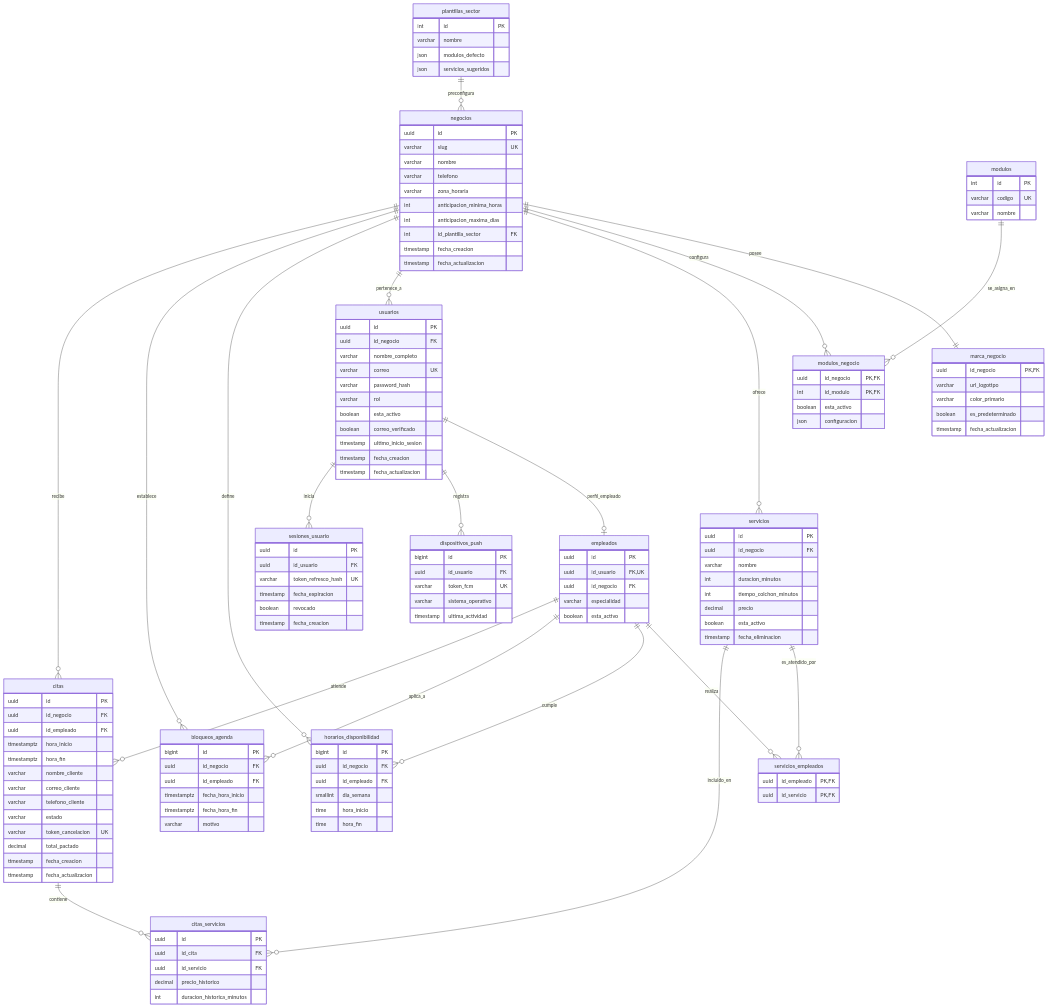
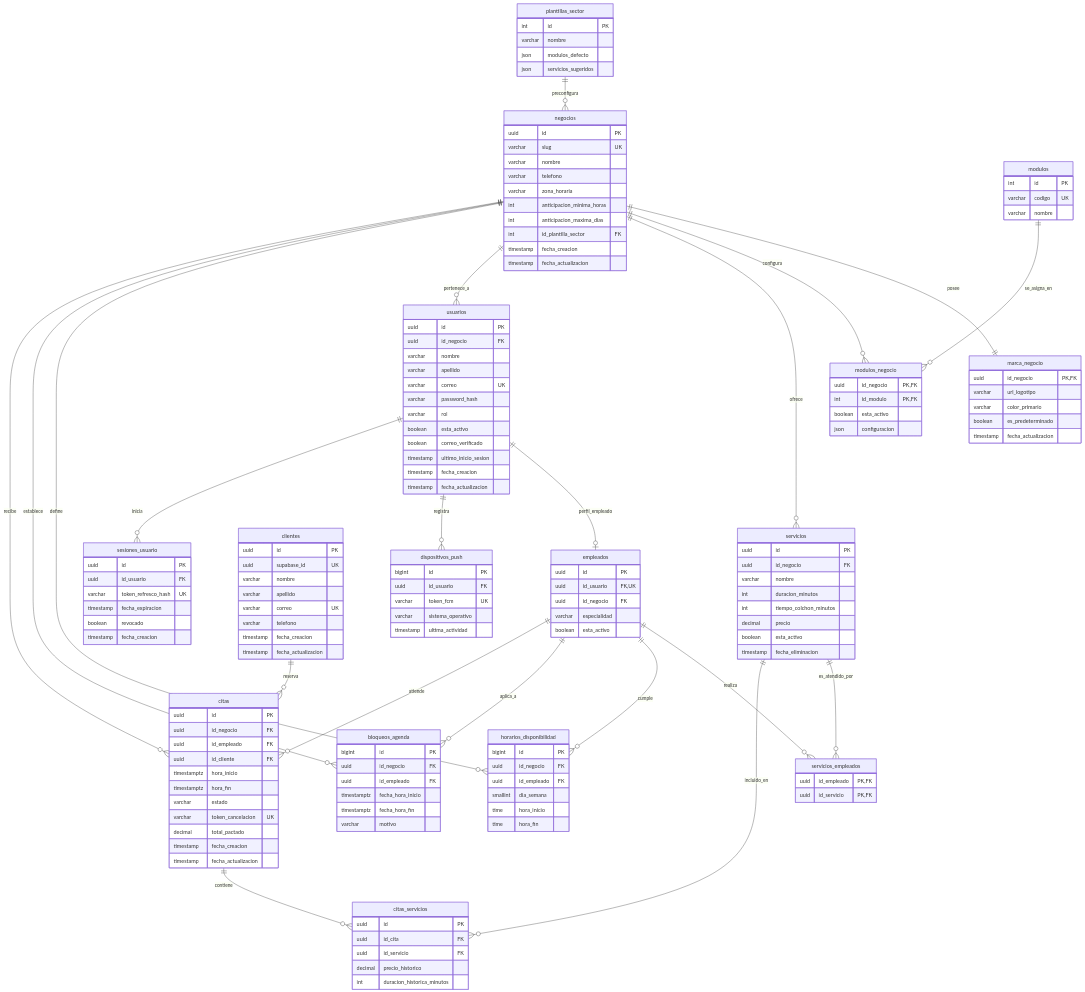
One commit to ShaguittoScot/Slotify changed the first of 2 diagrams in Base de datos - Proyecto.md. Above: the diagram before and after it, drawn with Mermaid. The commit also changed other lines of this file and 18 other files, not shown here.

```diff
--- a/Base de datos - Proyecto.md
+++ b/Base de datos - Proyecto.md
@@ -36,6 +36,7 @@
     empleados ||--o{ bloqueos_agenda : "aplica_a"
     negocios ||--o{ citas : "recibe"
     empleados ||--o{ citas : "atiende"
+    clientes ||--o{ citas : "reserva"
     citas ||--o{ citas_servicios : "contiene"
     servicios ||--o{ citas_servicios : "incluido_en"
 
@@ -62,7 +63,8 @@
     usuarios {
         uuid id PK
         uuid id_negocio FK
-        varchar nombre_completo
+        varchar nombre
+        varchar apellido
         varchar correo UK
         varchar password_hash
         varchar rol
@@ -96,6 +98,17 @@
         uuid id_negocio FK
         varchar especialidad
         boolean esta_activo
+    }
+
+    clientes {
+        uuid id PK
+        uuid supabase_id UK
+        varchar nombre
+        varchar apellido
+        varchar correo UK
+        varchar telefono
+        timestamp fecha_creacion
+        timestamp fecha_actualizacion
     }
 
     marca_negocio {
@@ -157,11 +170,9 @@
         uuid id PK
         uuid id_negocio FK
         uuid id_empleado FK
+        uuid id_cliente FK
         timestamptz hora_inicio
         timestamptz hora_fin
-        varchar nombre_cliente
-        varchar correo_cliente
-        varchar telefono_cliente
         varchar estado
         varchar token_cancelacion UK
         decimal total_pactado
```
